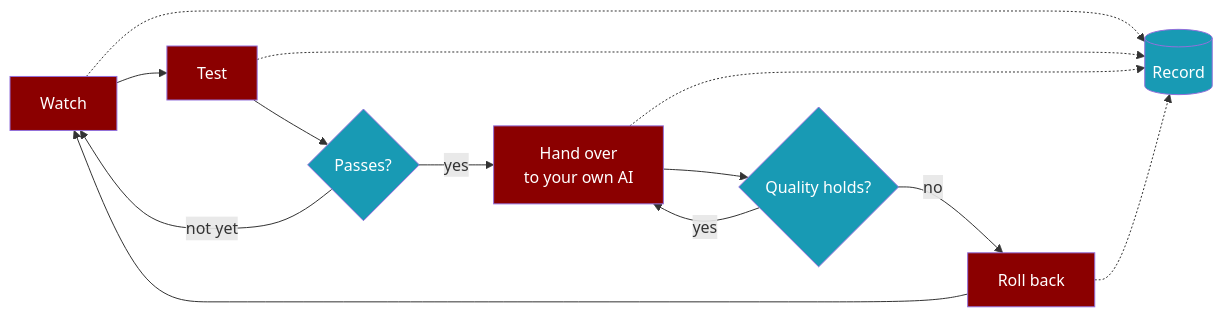
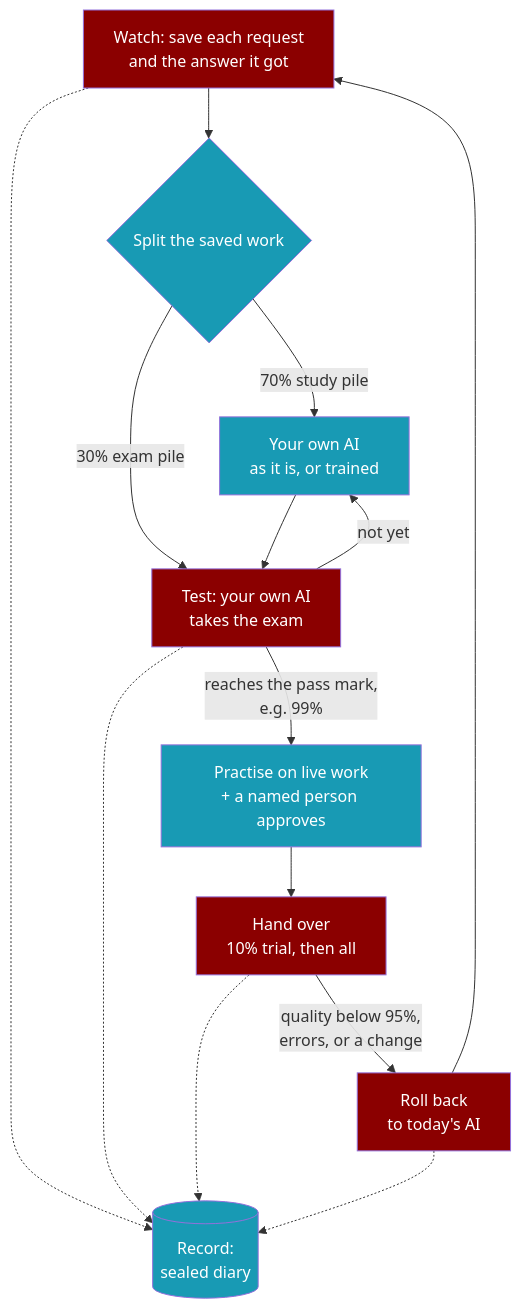
The diagram in docs/guides/task-handover-early-access.mdx (MervinPraison/PraisonAIDocs), drawn with Mermaid before and after one commit. The commit also changed other lines of this file, not shown here.

First line of the commit message:
docs(handover): say where your own AI comes from (#4924)

````diff
--- a/docs/guides/task-handover-early-access.mdx
+++ b/docs/guides/task-handover-early-access.mdx
@@ -15,21 +15,22 @@
 ```mermaid
-graph LR
-    W[Watch] --> T[Test]
-    T --> H{Passes?}
-    H -->|yes| O[Hand over<br/>to your own AI]
-    H -->|not yet| W
-    O --> Q{Quality holds?}
-    Q -->|yes| O
-    Q -->|no| B[Roll back]
+graph TD
+    W[Watch: save each request<br/>and the answer it got] --> S{Split the saved work}
+    S -->|70% study pile| O[Your own AI<br/>as it is, or trained]
+    S -->|30% exam pile| T[Test: your own AI<br/>takes the exam]
+    O --> T
+    T -->|not yet| O
+    T -->|reaches the pass mark,<br/>e.g. 99%| P[Practise on live work<br/>+ a named person approves]
+    P --> H[Hand over<br/>10% trial, then all]
+    H -->|quality below 95%,<br/>errors, or a change| B[Roll back<br/>to today's AI]
     B --> W
-    W -.-> R[(Record)]
+    W -.-> R[(Record:<br/>sealed diary)]
     T -.-> R
-    O -.-> R
+    H -.-> R
     B -.-> R
 
     classDef agent fill:#8B0000,color:#fff
     classDef tool fill:#189AB4,color:#fff
 
-    class W,T,O,B agent
-    class H,Q,R tool
+    class W,T,H,B agent
+    class S,O,P,R tool
 ```
````
